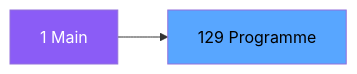
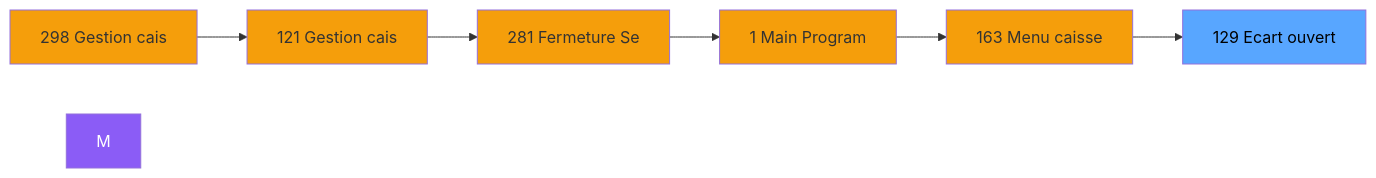
The second of 3 diagrams in .openspec/specs/ADH-IDE-129.md (thonyAGP/magic-migration), drawn with Mermaid before and after one commit. The commit also changed other lines of this file and 323 other files, not shown here.

````diff
--- a/.openspec/specs/ADH-IDE-129.md
+++ b/.openspec/specs/ADH-IDE-129.md
@@ -105,8 +112,21 @@
 ```mermaid
 graph LR
-    M[1 Main]
-    T[129 Programme]
-    M --> T
+    N298[298 Gestion cais]
+    N121[121 Gestion cais]
+    N281[281 Fermeture Se]
+    N1[1 Main Program]
+    N163[163 Menu caisse ]
+    T[129 Ecart ouvert]
+    N298 --> N121
+    N121 --> N281
+    N281 --> N1
+    N1 --> N163
+    N163 --> T
     style M fill:#8b5cf6,color:#fff
+    style N298 fill:#f59e0b
+    style N121 fill:#f59e0b
+    style N281 fill:#f59e0b
+    style N1 fill:#f59e0b
+    style N163 fill:#f59e0b
     style T fill:#58a6ff,color:#000
 ```
````
